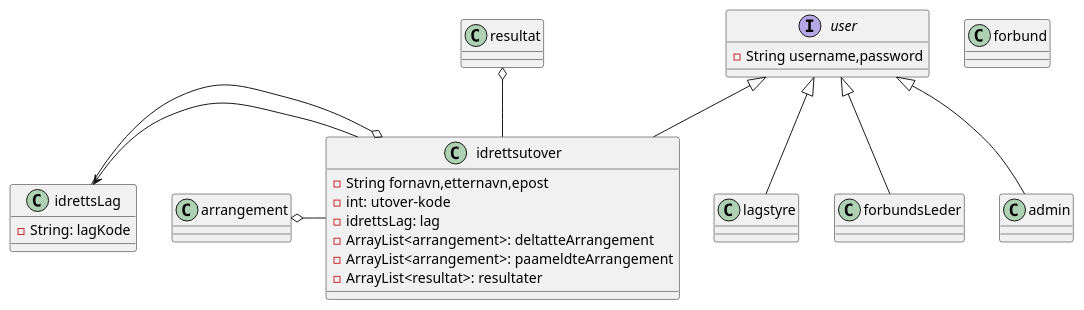
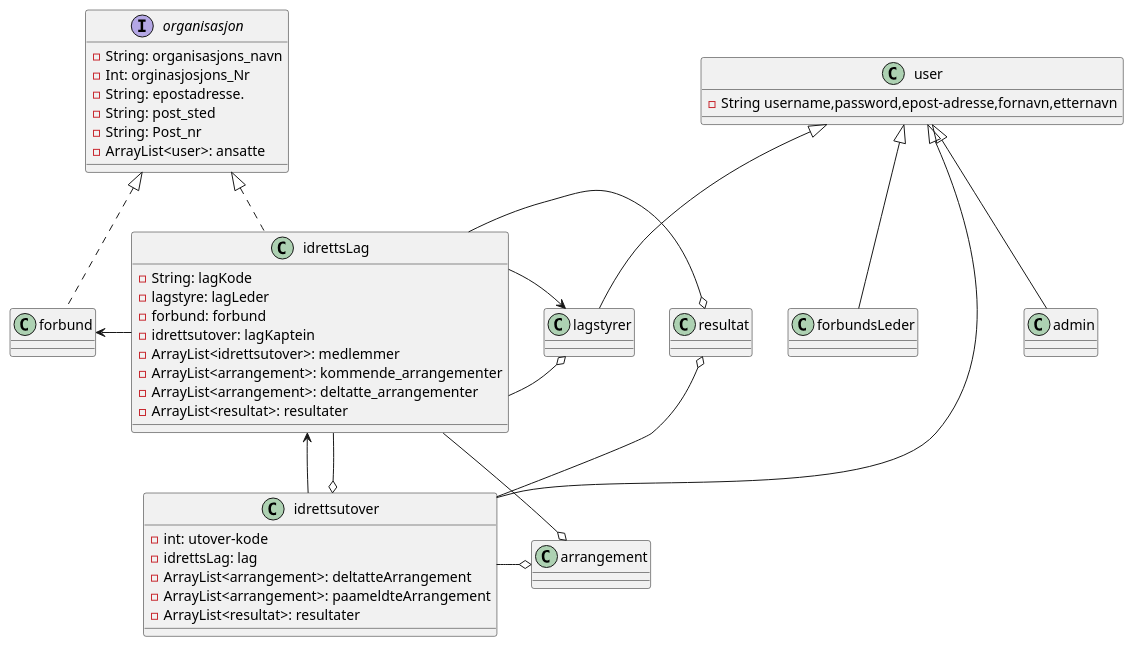
One commit to tobbibias/GruppeOppgaven-H2019-Gruppe-11 changed the diagram in uml/classeDiagram/ClasseDiagram_12_10.puml. Above: the diagram before and after it, drawn with PlantUML. The commit also changed 2 other files, not shown here.

Commit message:
worked more on the class diagram

```diff
--- a/uml/classeDiagram/ClasseDiagram_12_10.puml
+++ b/uml/classeDiagram/ClasseDiagram_12_10.puml
@@ -1,36 +1,65 @@
 @startuml
-interface user{
-    -String username,password
+class user{
+    -String username,password,epost-adresse,fornavn,etternavn
+}
+interface organisasjon{
+    -String: organisasjons_navn
+    -Int: orginasjosjons_Nr
+    -String: epostadresse.
+    -String: post_sted
+    -String: Post_nr
+    -ArrayList<user>: ansatte
 }
 
 class idrettsutover{
-    - String fornavn,etternavn,epost
     -int: utover-kode
     -idrettsLag: lag
     -ArrayList<arrangement>: deltatteArrangement
     -ArrayList<arrangement>: paameldteArrangement
     -ArrayList<resultat>: resultater
 }
+
+
 class idrettsLag{
     -String: lagKode
+    -lagstyre: lagLeder
+    -forbund: forbund
+    -idrettsutover: lagKaptein
+    -ArrayList<idrettsutover>: medlemmer
+    -ArrayList<arrangement>: kommende_arrangementer
+    -ArrayList<arrangement>: deltatte_arrangementer
+    -ArrayList<resultat>: resultater
 }
-class lagstyre
+
+
+class lagstyrer{
+
+}
 class forbund
 class forbundsLeder
 class arrangement
 class admin
 class resultat
 
 
 idrettsutover -up-|> user
 idrettsutover -left-> idrettsLag
 idrettsutover -up-o resultat
-idrettsutover -left-o arrangement
+idrettsutover -right-o arrangement
 
+idrettsLag .up.|> organisasjon
 idrettsLag --o idrettsutover
+idrettsLag -right-o lagstyrer
+idrettsLag --> lagstyrer
+idrettsLag --o arrangement
+idrettsLag -left-> forbund
+idrettsLag -right-o resultat
 
 
-lagstyre -up-|> user
+lagstyrer -up-|> user
 forbundsLeder -up-|> user
 admin -up-|> user
+
+
+forbund .up.|> organisasjon
 @enduml
```
